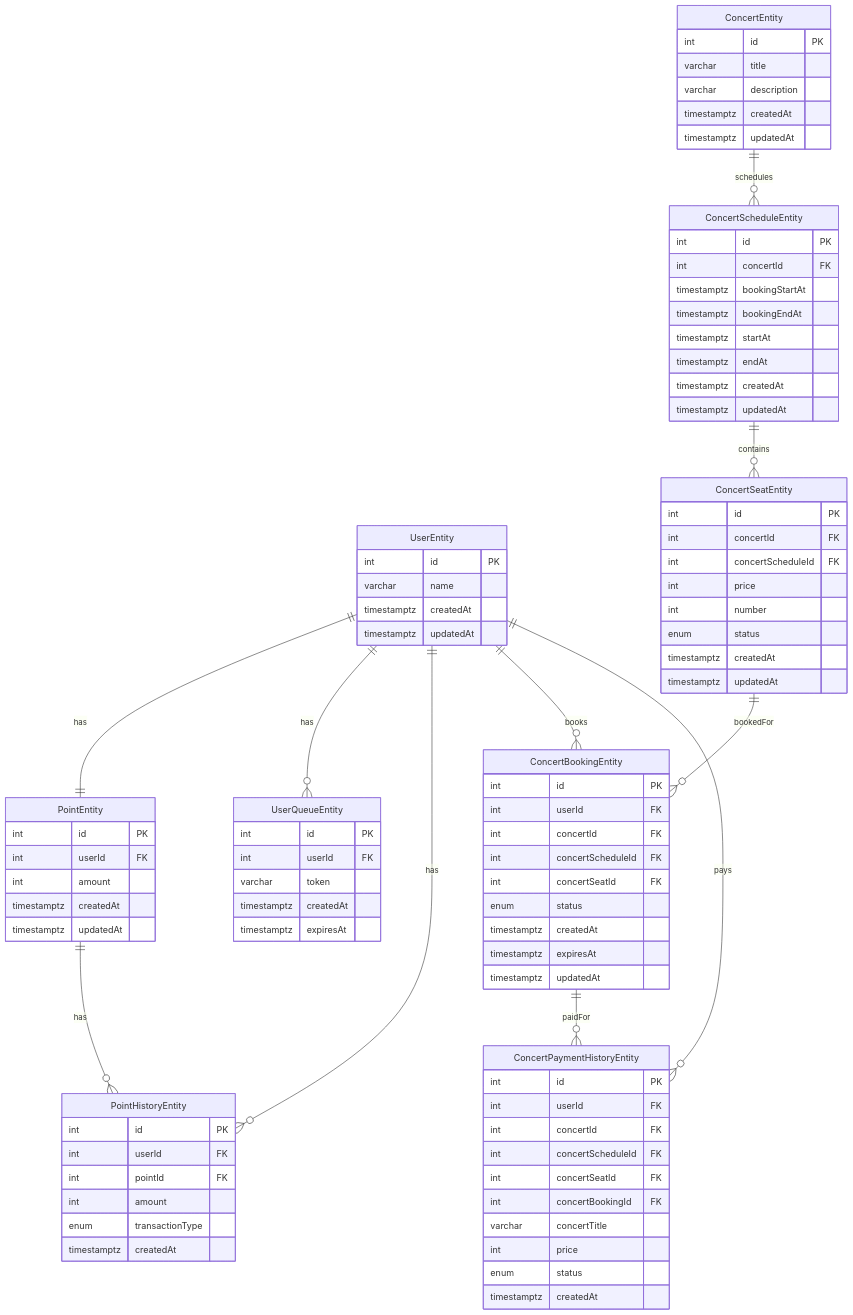
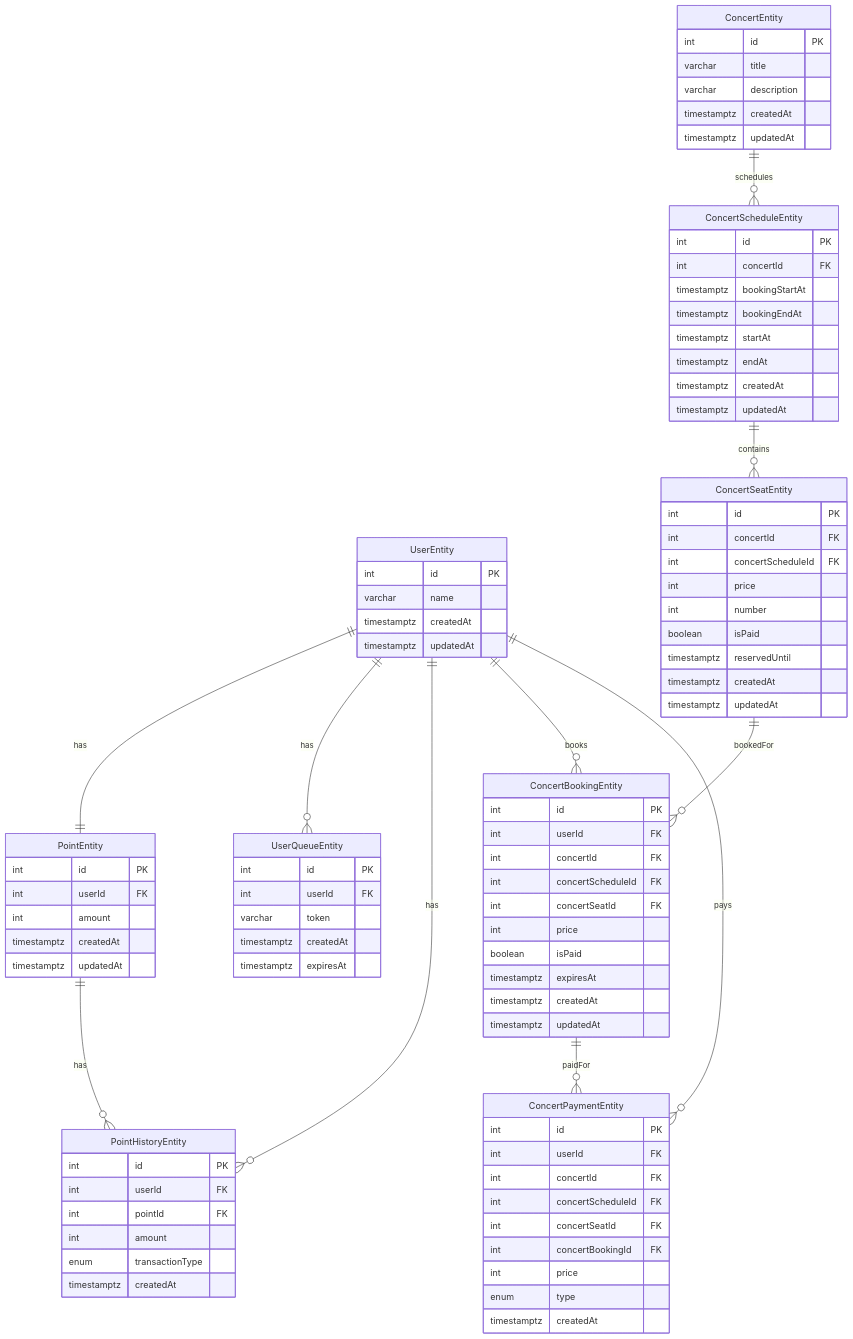
The first of 8 diagrams in README.md (DongGunYoon/high-volume-concert-booking), drawn with Mermaid before and after one commit. The commit also changed other lines of this file, not shown here.

Commit message:
docs: README 업데이트

````diff
--- a/README.md
+++ b/README.md
@@ -83,16 +83,6 @@
  timestamptz createdAt
  timestamptz updatedAt
  }
- ConcertSeatEntity {
- int id PK
- int concertId FK
- int concertScheduleId FK
- int price
- int number
- enum status
- timestamptz createdAt
- timestamptz updatedAt
- }
  ConcertScheduleEntity {
  int id PK
  int concertId FK
@@ -103,16 +93,26 @@
  timestamptz createdAt
  timestamptz updatedAt
  }
- ConcertPaymentHistoryEntity {
+ ConcertSeatEntity {
+ int id PK
+ int concertId FK
+ int concertScheduleId FK
+ int price
+ int number
+ boolean isPaid
+ timestamptz reservedUntil
+ timestamptz createdAt
+ timestamptz updatedAt
+ }
+ ConcertPaymentEntity {
  int id PK
  int userId FK
  int concertId FK
  int concertScheduleId FK
  int concertSeatId FK
  int concertBookingId FK
- varchar concertTitle
  int price
- enum status
+ enum type
  timestamptz createdAt
  }
  ConcertBookingEntity {
@@ -121,9 +121,10 @@
  int concertId FK
  int concertScheduleId FK
  int concertSeatId FK
- enum status
+ int price
+ boolean isPaid
+ timestamptz expiresAt
  timestamptz createdAt
- timestamptz expiresAt
  timestamptz updatedAt
  }
 
@@ -131,13 +132,13 @@
  UserEntity ||--o{ UserQueueEntity : has
  UserEntity ||--o{ PointHistoryEntity : has
  UserEntity ||--o{ ConcertBookingEntity : books
- UserEntity ||--o{ ConcertPaymentHistoryEntity : pays
+ UserEntity ||--o{ ConcertPaymentEntity : pays
 
  PointEntity ||--o{ PointHistoryEntity : has
 
  ConcertEntity ||--o{ ConcertScheduleEntity : schedules
  ConcertScheduleEntity ||--o{ ConcertSeatEntity : contains
  ConcertSeatEntity ||--o{ ConcertBookingEntity : bookedFor
- ConcertBookingEntity ||--o{ ConcertPaymentHistoryEntity : paidFor
+ ConcertBookingEntity ||--o{ ConcertPaymentEntity : paidFor
 
 ```
````
